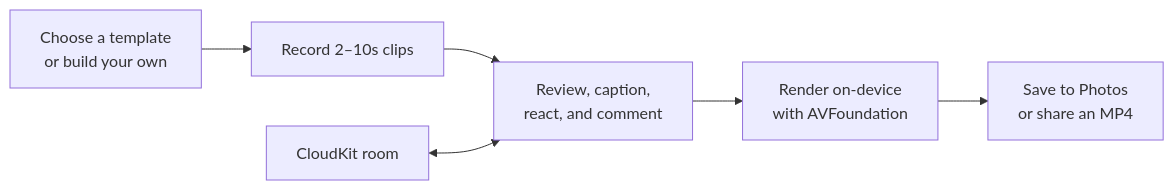
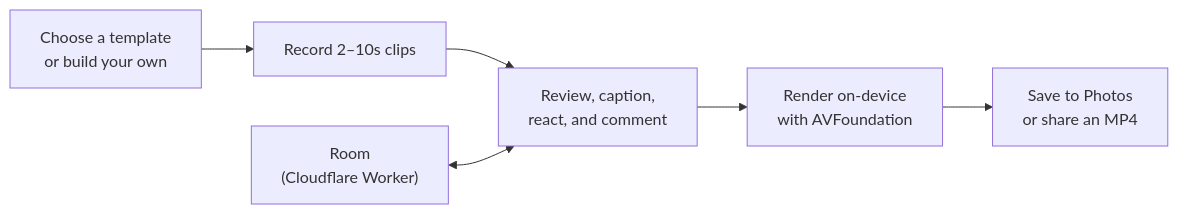
Before and after one commit to cassieliang6709/1day-ios: the first of 2 diagrams in README.md, drawn with Mermaid. The commit also changed other lines of this file, not shown here.

Commit message:
文档：README 更新到 1.5，后端从 CloudKit 改为 Cloudflare Worker

````diff
--- a/README.md
+++ b/README.md
@@ -81,9 +86,9 @@
 ```mermaid
 flowchart LR
     Create["Choose a template<br/>or build your own"] --> Record["Record 2–10s clips"]
     Record --> Review["Review, caption,<br/>react, and comment"]
     Review --> Render["Render on-device<br/>with AVFoundation"]
     Render --> Keep["Save to Photos<br/>or share an MP4"]
 
-    Room["CloudKit room"] <--> Review
+    Room["Room<br/>(Cloudflare Worker)"] <--> Review
 ```
````
